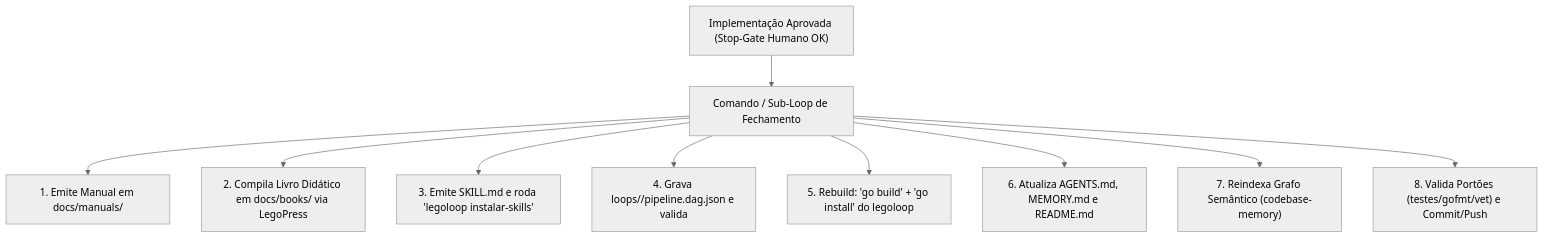
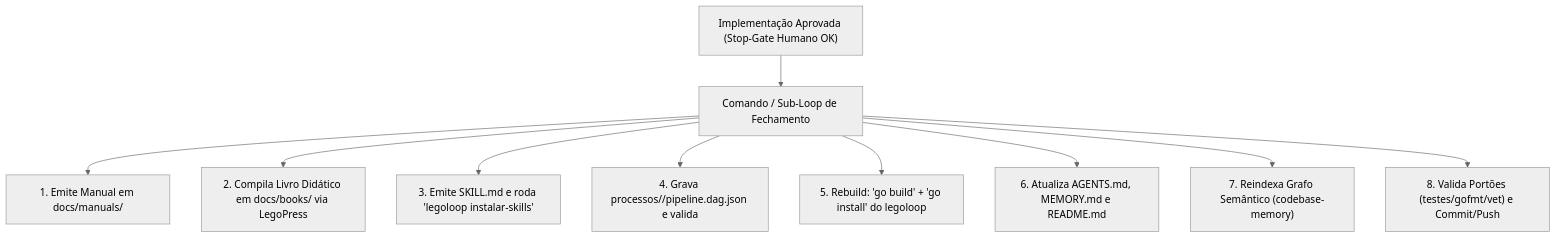
Before and after one commit to heverton-dev/LegoLoop: the third of 5 diagrams in docs/archive/sessions/LegoLoop/07112026_9408084d-aa3e-40a3-a924-418ca1f67855.md, drawn with Mermaid (neutral theme). The commit also changed other lines of this file and 549 other files, not shown here.

First line of the commit message:
checkpoint E06: rename loops/ -> processos/ (referencias, hook legado exit 2, TDD mutacoes provadas)

````diff
--- a/docs/archive/sessions/LegoLoop/07112026_9408084d-aa3e-40a3-a924-418ca1f67855.md
+++ b/docs/archive/sessions/LegoLoop/07112026_9408084d-aa3e-40a3-a924-418ca1f67855.md
@@ -327,12 +327,12 @@
 ```mermaid
 flowchart TD
     A["Implementação Aprovada (Stop-Gate Humano OK)"] --> B["Comando / Sub-Loop de Fechamento"]
     B --> C1["1. Emite Manual em docs/manuals/"]
     B --> C2["2. Compila Livro Didático em docs/books/ via LegoPress"]
     B --> C3["3. Emite SKILL.md e roda 'legoloop instalar-skills'"]
-    B --> C4["4. Grava loops/<slug>/pipeline.dag.json e valida"]
+    B --> C4["4. Grava processos/<slug>/pipeline.dag.json e valida"]
     B --> C5["5. Rebuild: 'go build' + 'go install' do legoloop"]
     B --> C6["6. Atualiza AGENTS.md, MEMORY.md e README.md"]
     B --> C7["7. Reindexa Grafo Semântico (codebase-memory)"]
     B --> C8["8. Valida Portões (testes/gofmt/vet) e Commit/Push"]
 ```
````
